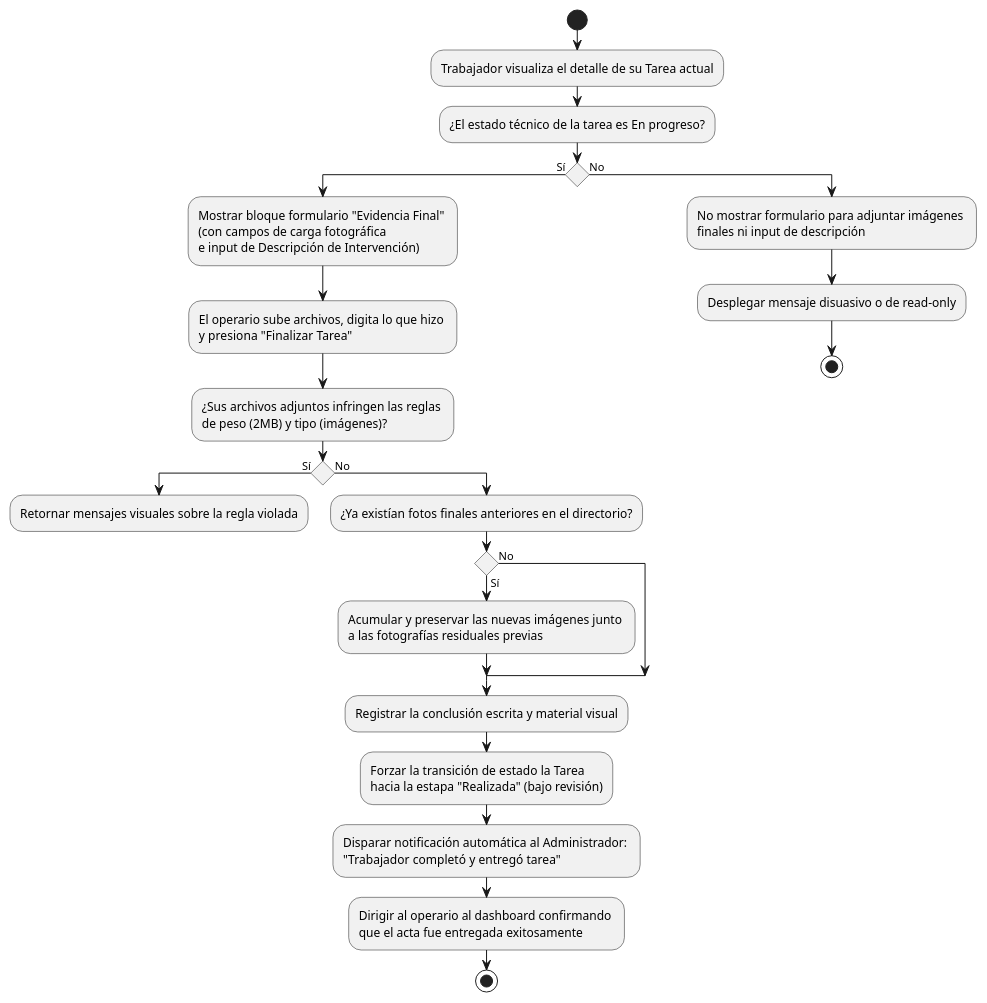
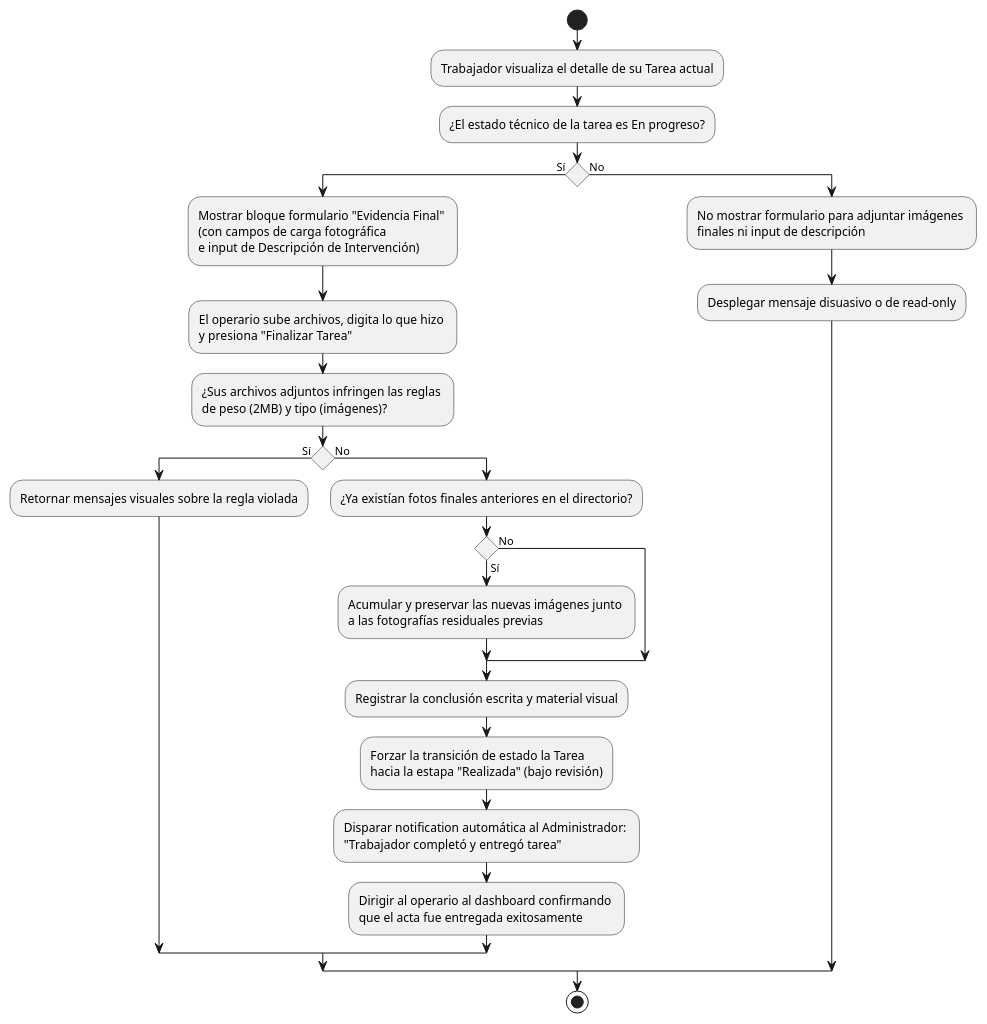
The diagram in document/diagrama_actividades/TRB/TRB-9.md (MasterErrorCLONE04/SIGERD.1.0), drawn with PlantUML before and after one commit. The commit also changed 28 other files, not shown here.

````diff
--- a/document/diagrama_actividades/TRB/TRB-9.md
+++ b/document/diagrama_actividades/TRB/TRB-9.md
@@ -20,39 +20,37 @@
 ```plantuml
 @startuml
 skinparam ConditionEndStyle hline
 
 start
 
 :Trabajador visualiza el detalle de su Tarea actual;
 
 :¿El estado técnico de la tarea es En progreso?;
 if () then (Sí)
   :Mostrar bloque formulario "Evidencia Final" \n(con campos de carga fotográfica \ne input de Descripción de Intervención);
   :El operario sube archivos, digita lo que hizo \ny presiona "Finalizar Tarea";
   
   :¿Sus archivos adjuntos infringen las reglas \nde peso (2MB) y tipo (imágenes)?;
   if () then (Sí)
     :Retornar mensajes visuales sobre la regla violada;
-    kill
   else (No)
     :¿Ya existían fotos finales anteriores en el directorio?;
     if () then (Sí)
       :Acumular y preservar las nuevas imágenes junto \na las fotografías residuales previas;
     else (No)
     endif
     
     :Registrar la conclusión escrita y material visual;
     :Forzar la transición de estado la Tarea \nhacia la estapa "Realizada" (bajo revisión);
     
-    :Disparar notificación automática al Administrador: \n"Trabajador completó y entregó tarea";
+    :Disparar notification automática al Administrador: \n"Trabajador completó y entregó tarea";
     :Dirigir al operario al dashboard confirmando \nque el acta fue entregada exitosamente;
-    stop
   endif
 else (No)
   :No mostrar formulario para adjuntar imágenes \nfinales ni input de descripción;
   :Desplegar mensaje disuasivo o de read-only;
-  stop
 endif
 
+stop
 @enduml
 ```
````
